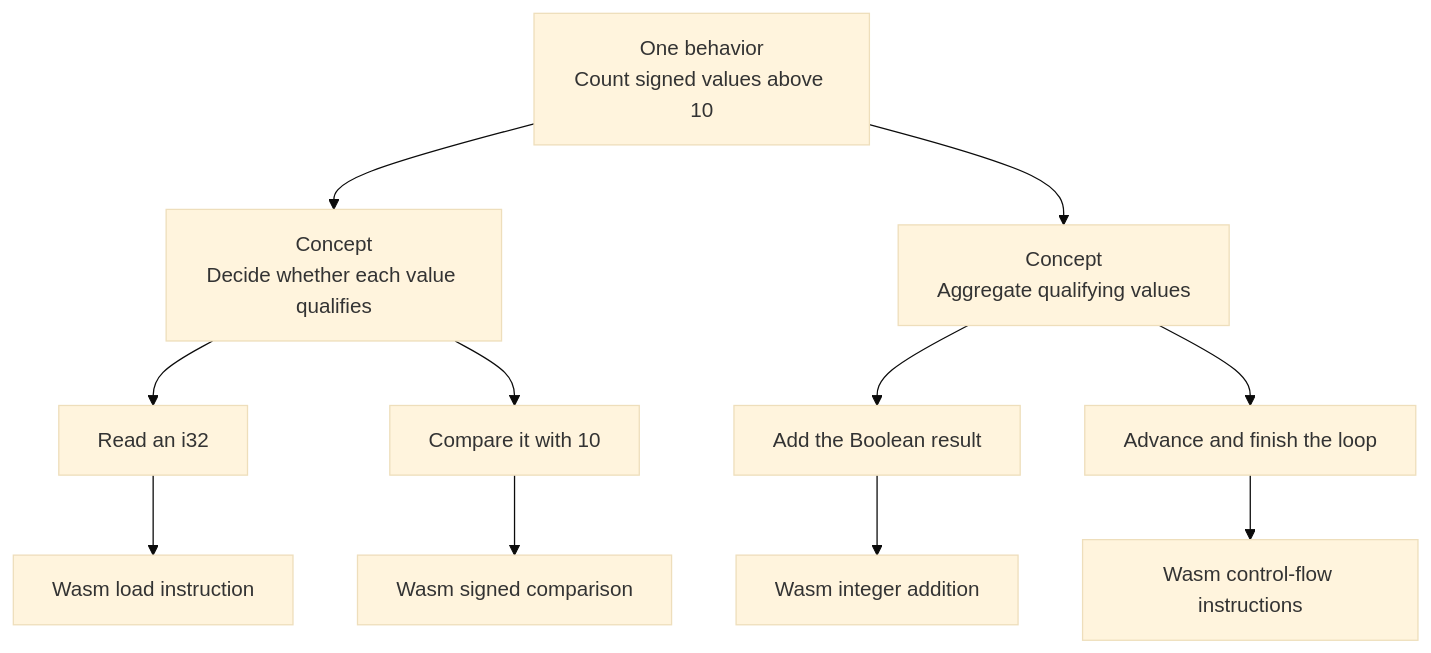
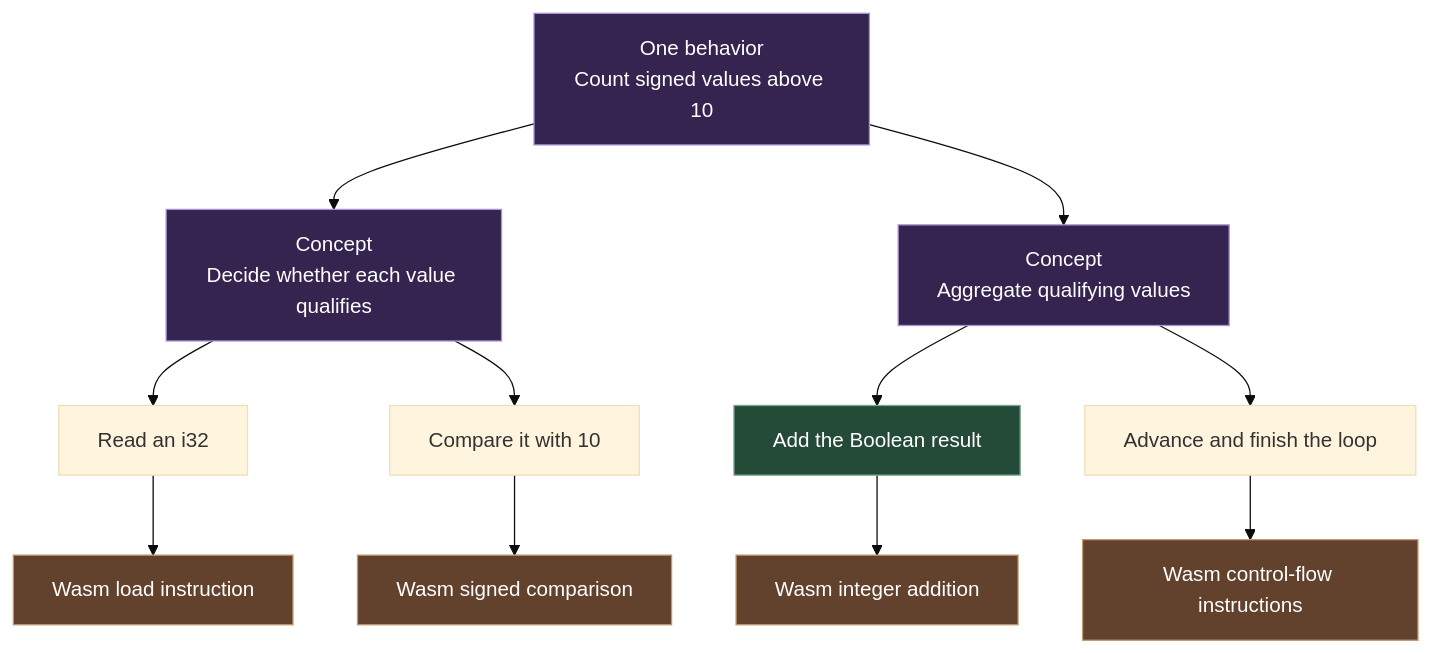
Before and after one commit to Kian-hdr/lore-demo: the second of 2 diagrams in docs/Concept_Hierarchy.md, drawn with Mermaid (base theme). The commit also changed other lines of this file and 7 other files, not shown here.

Commit message:
IND-317 visualize memory architecture and use numeric hierarchy codes

````diff
--- a/docs/Concept_Hierarchy.md
+++ b/docs/Concept_Hierarchy.md
@@ -55,14 +49,20 @@
 ```mermaid
 flowchart TD
     A["One behavior<br/>Count signed values above 10"]
     A --> B["Concept<br/>Decide whether each value qualifies"]
     A --> C["Concept<br/>Aggregate qualifying values"]
     B --> D["Read an i32"]
     B --> E["Compare it with 10"]
     C --> F["Add the Boolean result"]
     C --> G["Advance and finish the loop"]
     D --> H["Wasm load instruction"]
     E --> I["Wasm signed comparison"]
     F --> J["Wasm integer addition"]
     G --> K["Wasm control-flow instructions"]
+    classDef plan fill:#35244f,stroke:#aa91d2,color:#ffffff;
+    class A,B,C plan;
+    classDef check fill:#234b38,stroke:#7ba98c,color:#ffffff;
+    class F check;
+    classDef exec fill:#62422d,stroke:#c39770,color:#ffffff;
+    class H,I,J,K exec;
 ```
````
